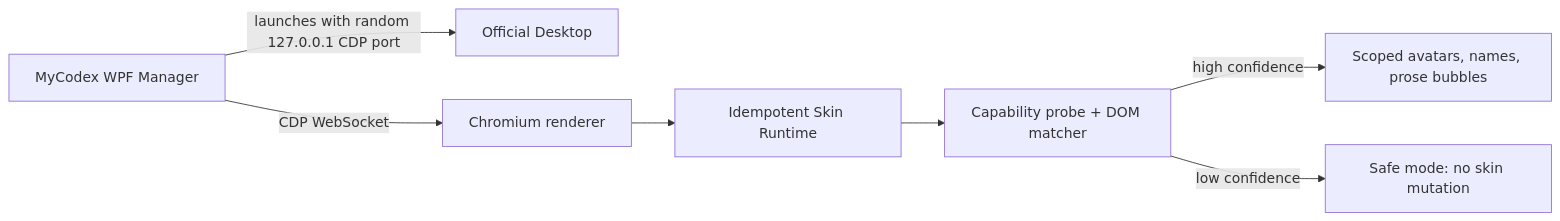
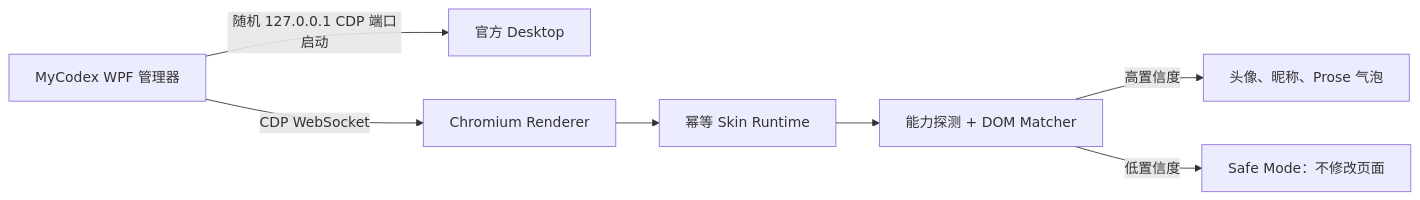
Before and after one commit to crikok0721/MyCO: the first of 2 diagrams in README.md, drawn with Mermaid. The commit also changed other lines of this file and 85 other files, not shown here.

````diff
--- a/README.md
+++ b/README.md
@@ -40,9 +41,9 @@
 ```mermaid
 flowchart LR
-  M["MyCodex WPF Manager"] -->|"launches with random 127.0.0.1 CDP port"| D["Official Desktop"]
-  M -->|"CDP WebSocket"| R["Chromium renderer"]
-  R --> I["Idempotent Skin Runtime"]
-  I --> P["Capability probe + DOM matcher"]
-  P -->|"high confidence"| S["Scoped avatars, names, prose bubbles"]
-  P -->|"low confidence"| F["Safe mode: no skin mutation"]
+  M["MyCodex WPF 管理器"] -->|"随机 127.0.0.1 CDP 端口启动"| D["官方 Desktop"]
+  M -->|"CDP WebSocket"| R["Chromium Renderer"]
+  R --> I["幂等 Skin Runtime"]
+  I --> P["能力探测 + DOM Matcher"]
+  P -->|"高置信度"| S["头像、昵称、Prose 气泡"]
+  P -->|"低置信度"| F["Safe Mode：不修改页面"]
 ```
````
